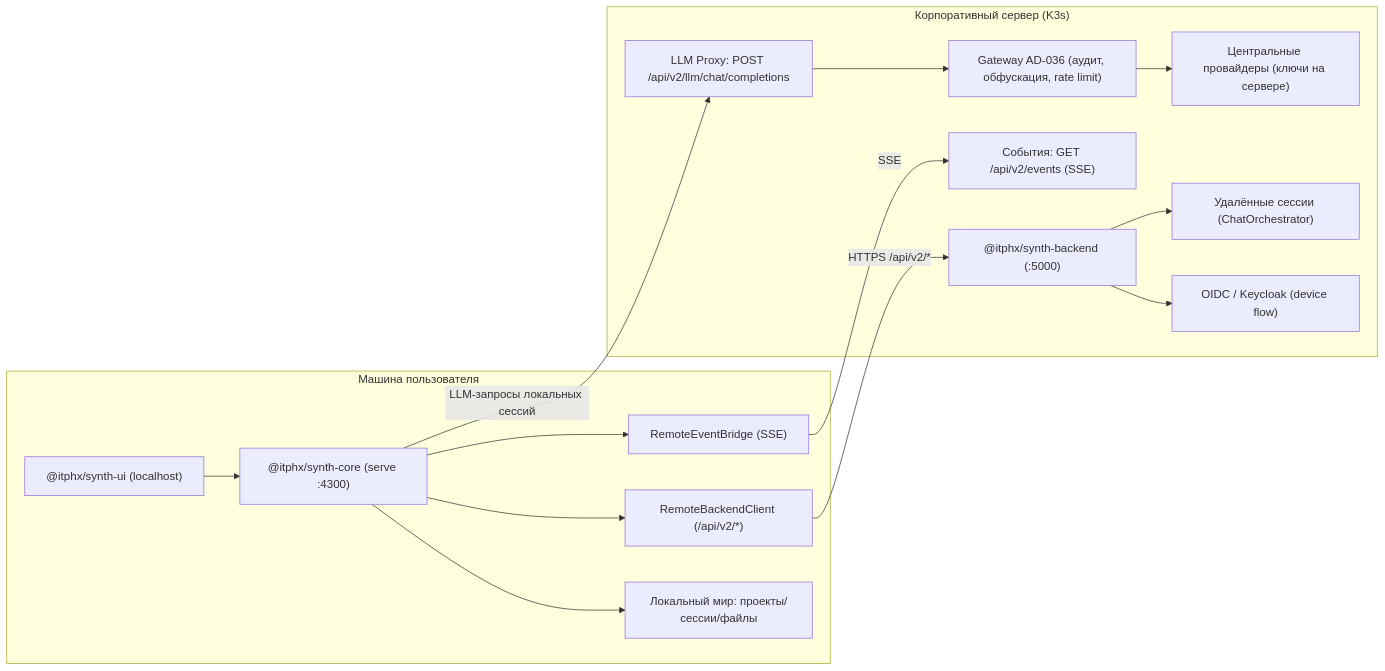
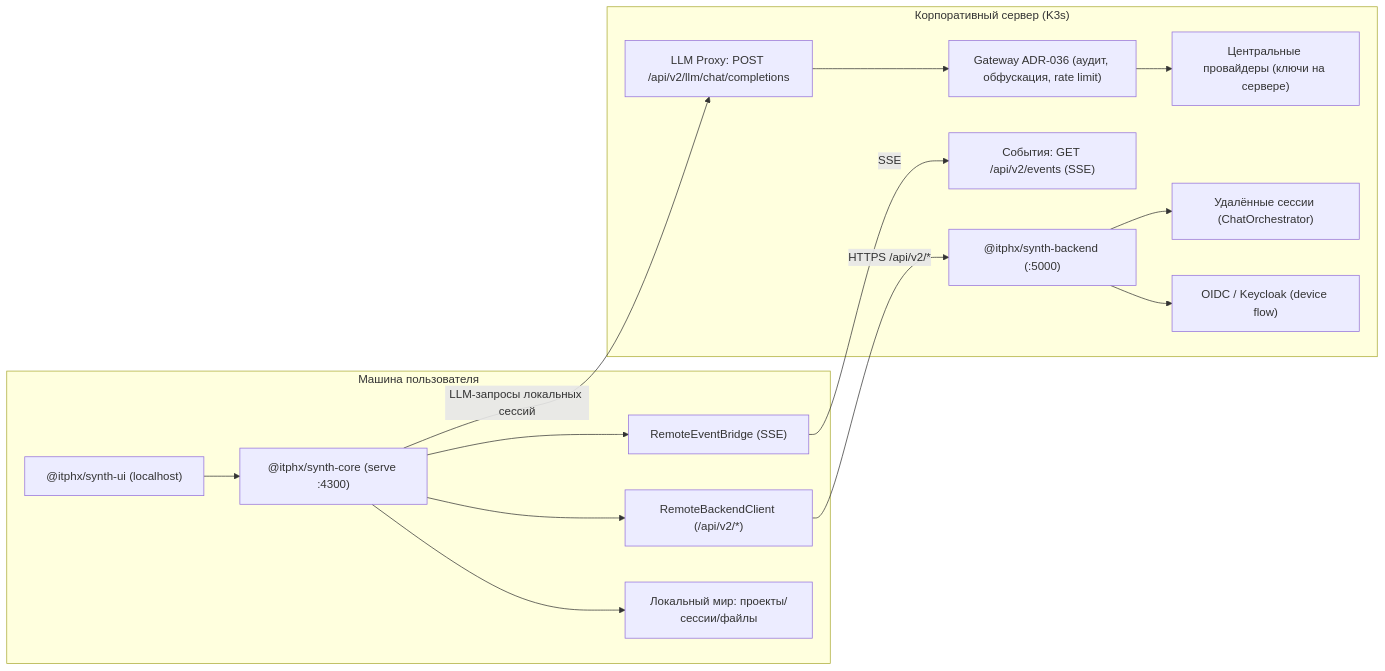
The second of 2 diagrams in docs/ARCHITECTURE.md (itphx/synth), drawn with Mermaid before and after one commit. The commit also changed other lines of this file and 809 other files, not shown here.

````diff
--- a/docs/ARCHITECTURE.md
+++ b/docs/ARCHITECTURE.md
@@ -116,30 +116,30 @@
 ```mermaid
 flowchart LR
     subgraph User["Машина пользователя"]
         UI["@itphx/synth-ui (localhost)"]
         Core["@itphx/synth-core (serve :4300)"]
         WorldLocal["Локальный мир: проекты/сессии/файлы"]
         RemoteClient["RemoteBackendClient (/api/v2/*)"]
         EventBridge["RemoteEventBridge (SSE)"]
         UI --> Core
         Core --> WorldLocal
         Core --> RemoteClient
         Core --> EventBridge
     end
     subgraph Server["Корпоративный сервер (K3s)"]
         Backend["@itphx/synth-backend (:5000)"]
         OIDC["OIDC / Keycloak (device flow)"]
         LLMProxy["LLM Proxy: POST /api/v2/llm/chat/completions"]
-        Gateway["Gateway AD-036 (аудит, обфускация, rate limit)"]
+        Gateway["Gateway ADR-036 (аудит, обфускация, rate limit)"]
         Providers["Центральные провайдеры (ключи на сервере)"]
         RemoteSessions["Удалённые сессии (ChatOrchestrator)"]
         SSE["События: GET /api/v2/events (SSE)"]
     end
     RemoteClient -->|HTTPS /api/v2/*| Backend
     EventBridge -->|SSE| SSE
     Core -->|LLM-запросы локальных сессий| LLMProxy
     Backend --> OIDC
     LLMProxy --> Gateway
     Gateway --> Providers
     Backend --> RemoteSessions
 ```
````
